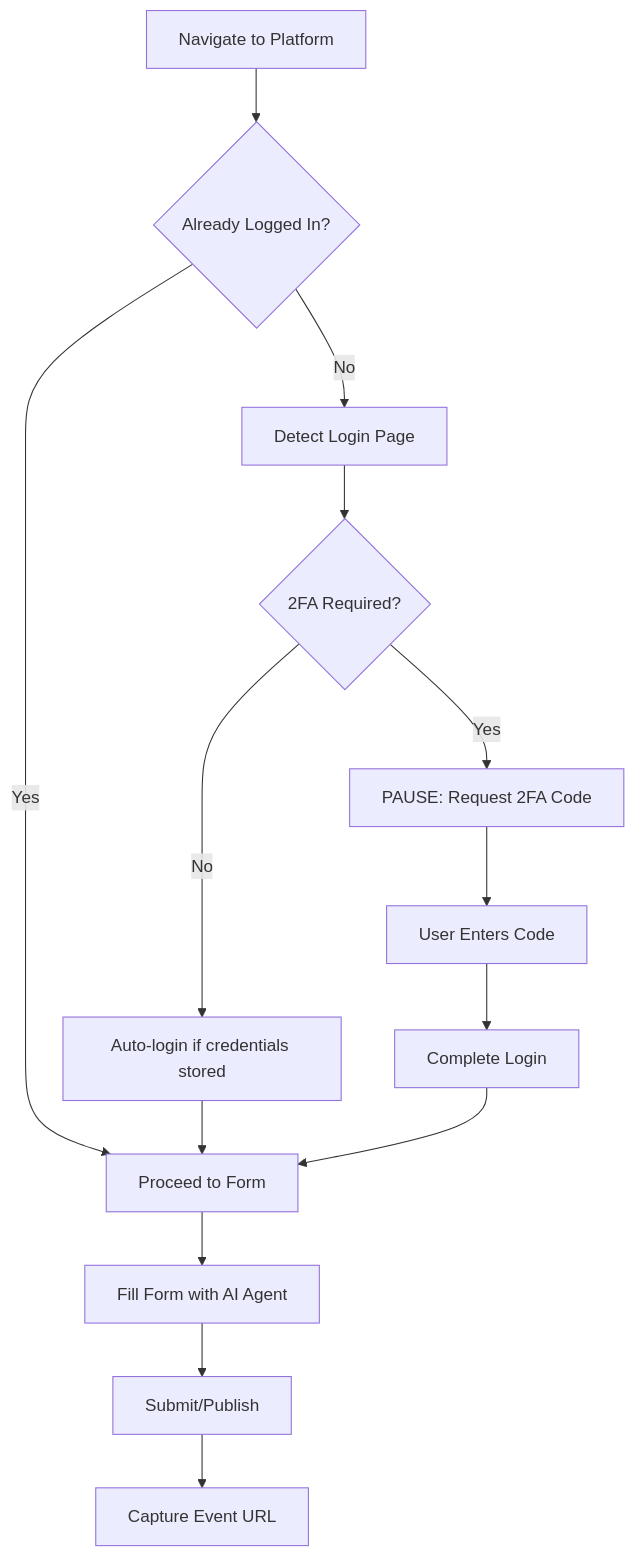
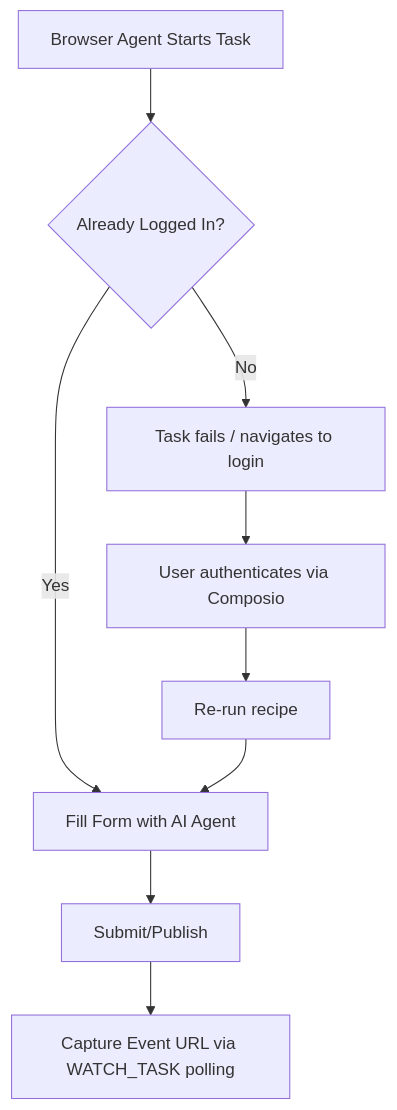
The sixth of 6 diagrams in README.md (Coffee-Code-Philly-Accelerator/CCP-Digital-Marketing), drawn with Mermaid before and after one commit. The commit also changed other lines of this file and 83 other files, not shown here.

````diff
--- a/README.md
+++ b/README.md
@@ -350,16 +330,11 @@
 ```mermaid
 flowchart TD
-    A[Navigate to Platform] --> B{Already Logged In?}
-    B -->|Yes| C[Proceed to Form]
-    B -->|No| D[Detect Login Page]
-    D --> E{2FA Required?}
-    E -->|No| F[Auto-login if credentials stored]
-    E -->|Yes| G[PAUSE: Request 2FA Code]
-    G --> H[User Enters Code]
-    H --> I[Complete Login]
+    A[Browser Agent Starts Task] --> B{Already Logged In?}
+    B -->|Yes| C[Fill Form with AI Agent]
+    B -->|No| D[Task fails / navigates to login]
+    D --> E[User authenticates via Composio]
+    E --> F[Re-run recipe]
     F --> C
-    I --> C
-    C --> J[Fill Form with AI Agent]
-    J --> K[Submit/Publish]
-    K --> L[Capture Event URL]
+    C --> G[Submit/Publish]
+    G --> H[Capture Event URL via WATCH_TASK polling]
 ```
````
